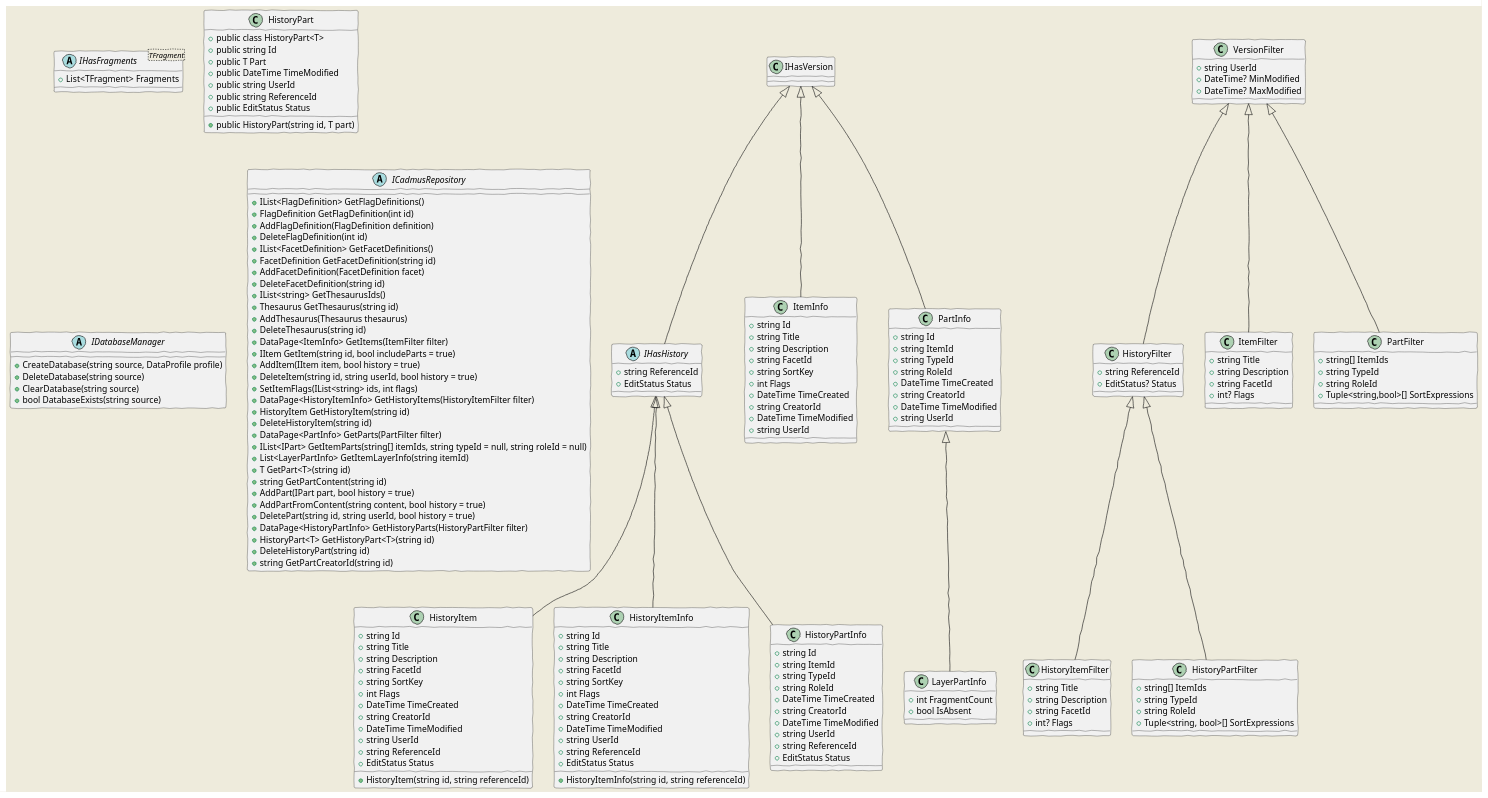
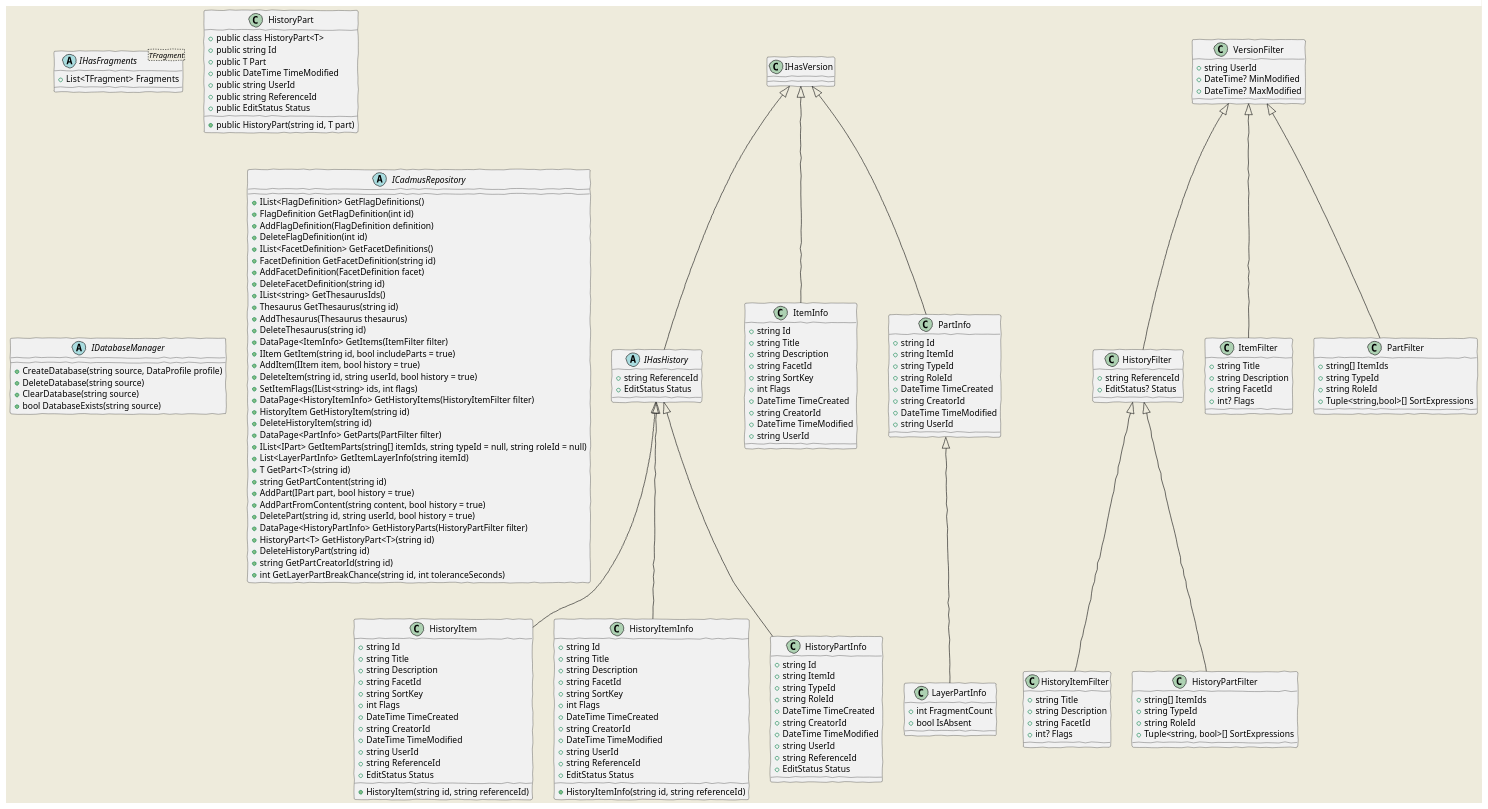
One commit to vedph/cadmus_core changed the fourth of 4 diagrams in Doc/core.md. Above: the diagram before and after it, drawn with PlantUML.

````diff
--- a/Doc/core.md
+++ b/Doc/core.md
@@ -675,5 +675,6 @@
     ICadmusRepository : +HistoryPart<T> GetHistoryPart<T>(string id)
     ICadmusRepository : +DeleteHistoryPart(string id)
     ICadmusRepository : +string GetPartCreatorId(string id)
+    ICadmusRepository : +int GetLayerPartBreakChance(string id, int toleranceSeconds)
 @enduml
 ```
````
